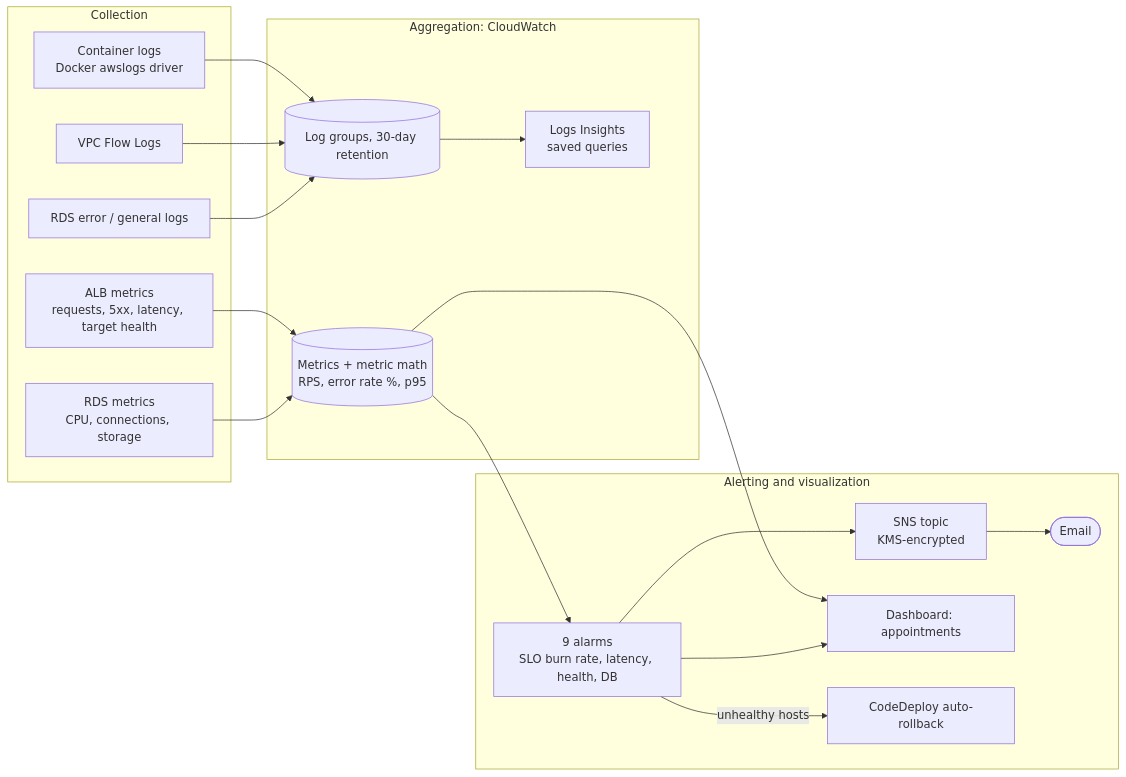
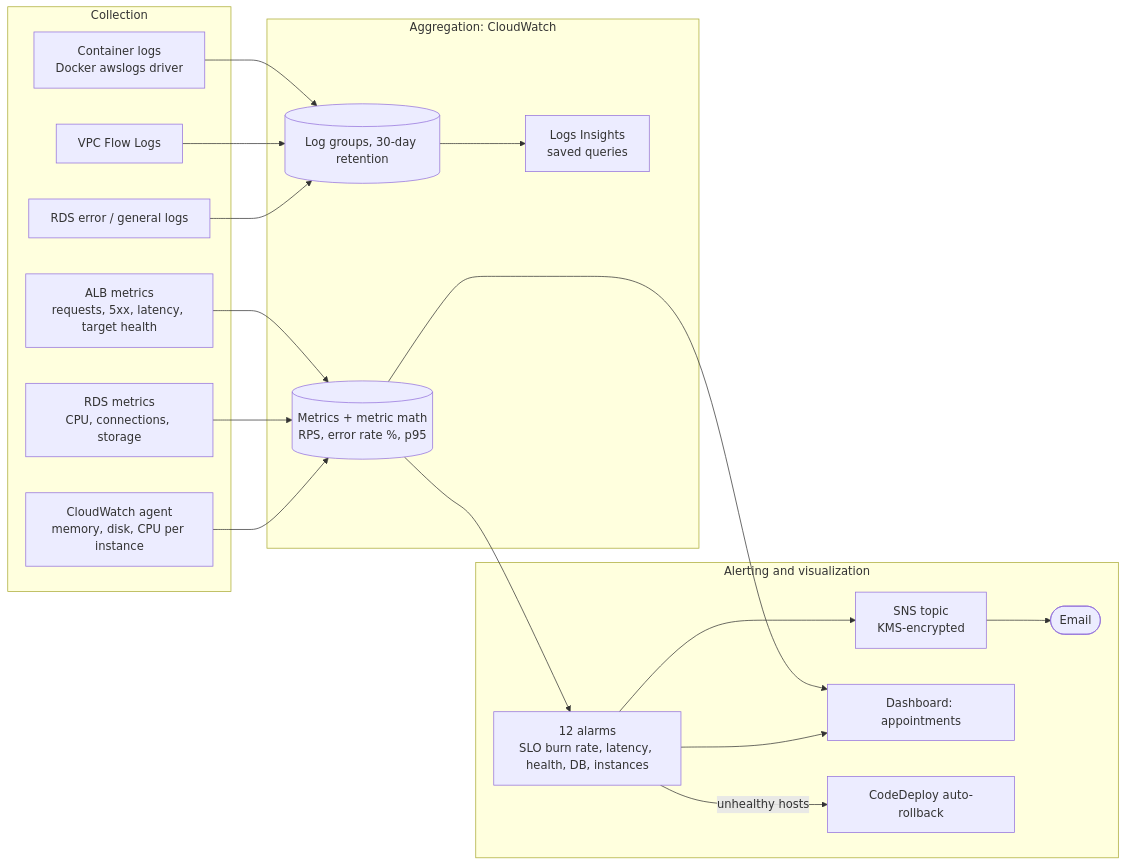
One commit to emmanuelfornah/deployment-evolution changed the diagram in MONITORING.md. Above: the diagram before and after it, drawn with Mermaid. The commit also changed other lines of this file and 5 other files, not shown here.

First line of the commit message:
Publish instance memory, disk and CPU through the CloudWatch agent

````diff
--- a/MONITORING.md
+++ b/MONITORING.md
@@ -11,36 +11,38 @@
 ```mermaid
 flowchart LR
     subgraph collect [Collection]
         alb[ALB metrics<br/>requests, 5xx, latency, target health]
         rds[RDS metrics<br/>CPU, connections, storage]
         app[Container logs<br/>Docker awslogs driver]
+        agent[CloudWatch agent<br/>memory, disk, CPU per instance]
         flow[VPC Flow Logs]
         dblogs[RDS error / general logs]
     end
 
     subgraph aggregate [Aggregation: CloudWatch]
         metrics[(Metrics + metric math<br/>RPS, error rate %, p95)]
         logs[(Log groups, 30-day retention)]
         insights[Logs Insights<br/>saved queries]
     end
 
     subgraph act [Alerting and visualization]
-        alarms[9 alarms<br/>SLO burn rate, latency, health, DB]
+        alarms[12 alarms<br/>SLO burn rate, latency, health, DB, instances]
         sns[SNS topic<br/>KMS-encrypted]
         email([Email])
         dash[Dashboard: appointments]
         cd[CodeDeploy auto-rollback]
     end
 
     alb --> metrics
     rds --> metrics
+    agent --> metrics
     app --> logs
     flow --> logs
     dblogs --> logs
     logs --> insights
     metrics --> alarms
     metrics --> dash
     alarms --> dash
     alarms --> sns --> email
     alarms -->|unhealthy hosts| cd
 ```
````
